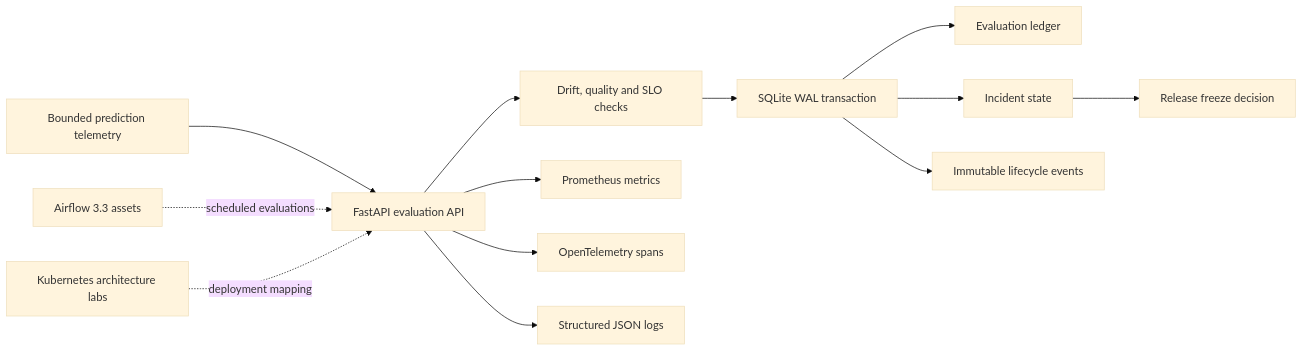
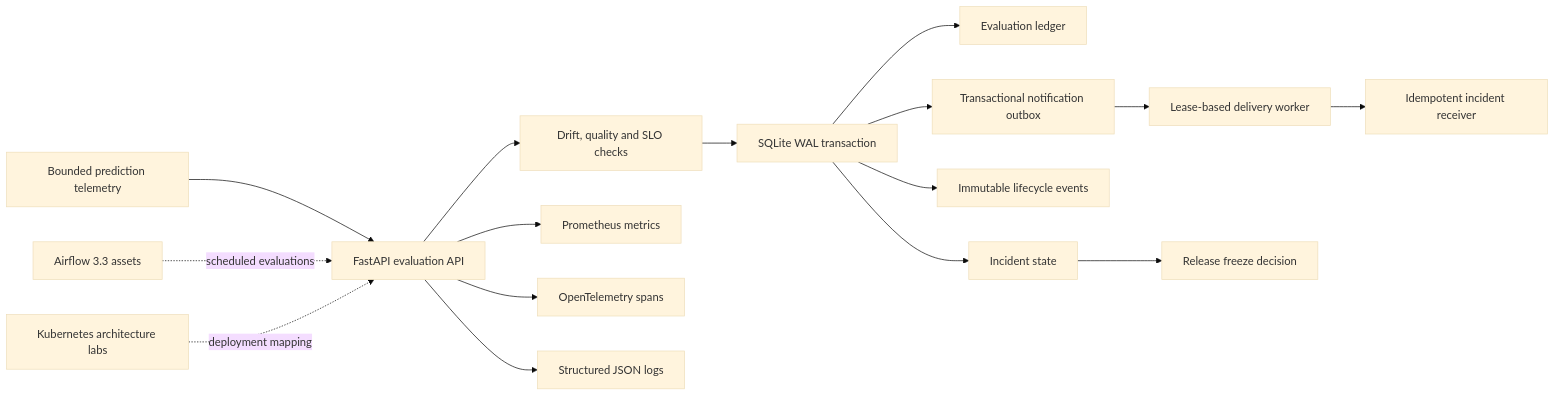
Before and after one commit to kevinmeix1/model-observability-incident-platform: the diagram in README.md, drawn with Mermaid (base theme). The commit also changed other lines of this file and 35 other files, not shown here.

Commit message:
Add transactional incident delivery and live demo

````diff
--- a/README.md
+++ b/README.md
@@ -33,15 +38,18 @@
 ```mermaid
 flowchart LR
     LOGS["Bounded prediction telemetry"] --> API["FastAPI evaluation API"]
     API --> CHECKS["Drift, quality and SLO checks"]
     CHECKS --> TX["SQLite WAL transaction"]
     TX --> EVAL["Evaluation ledger"]
     TX --> INCIDENTS["Incident state"]
     TX --> EVENTS["Immutable lifecycle events"]
+    TX --> OUTBOX["Transactional notification outbox"]
+    OUTBOX --> WORKER["Lease-based delivery worker"]
+    WORKER --> ROUTER["Idempotent incident receiver"]
     INCIDENTS --> DECISION["Release freeze decision"]
     API --> METRICS["Prometheus metrics"]
     API --> TRACES["OpenTelemetry spans"]
     API --> LOGGING["Structured JSON logs"]
     AIRFLOW["Airflow 3.3 assets"] -. "scheduled evaluations" .-> API
     K8S["Kubernetes architecture labs"] -. "deployment mapping" .-> API
 ```
````
